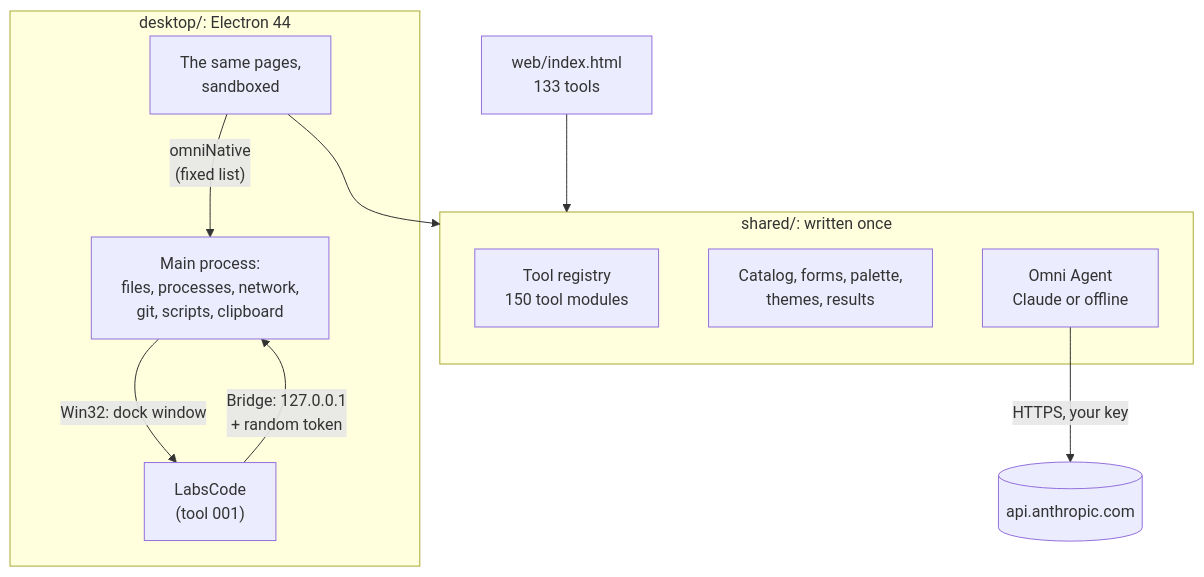
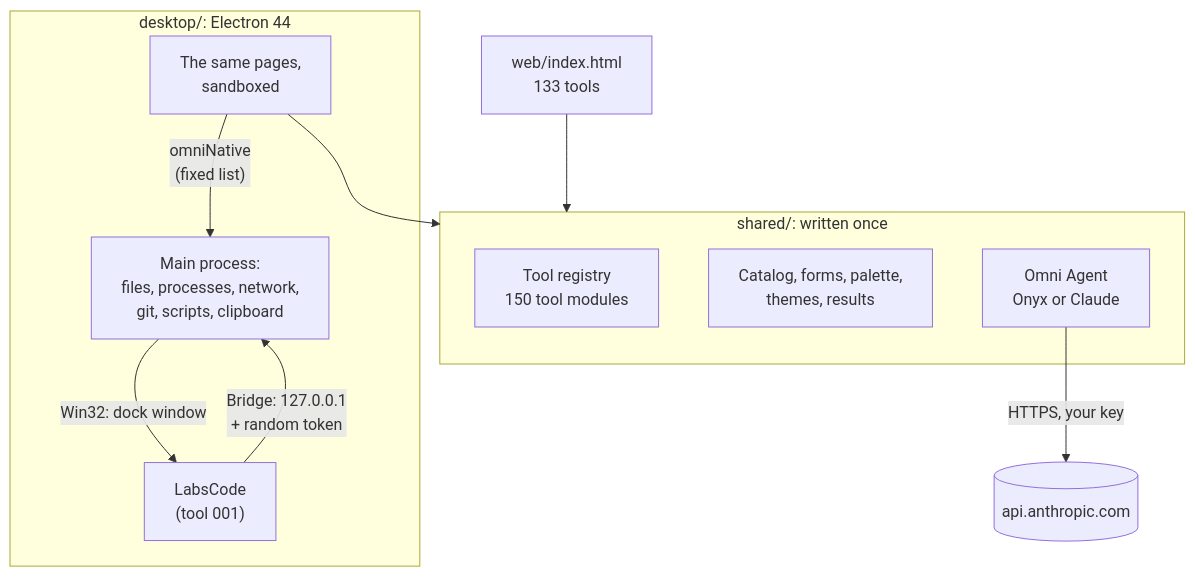
The first of 2 diagrams in README.md (gkson-lab/omnitool), drawn with Mermaid before and after one commit. The commit also changed other lines of this file and 30 other files, not shown here.

First line of the commit message:
OmniTool 1.1: Omni Agent - Onyx, and motion with a purpose

````diff
--- a/README.md
+++ b/README.md
@@ -82,16 +82,16 @@
 ```mermaid
 flowchart TB
   subgraph shared["shared/: written once"]
     REG["Tool registry<br/>150 tool modules"]
     UI["Catalog, forms, palette,<br/>themes, results"]
-    AG["Omni Agent<br/>Claude or offline"]
+    AG["Omni Agent<br/>Onyx or Claude"]
   end
   WEB["web/index.html<br/>133 tools"] --> shared
   subgraph desk["desktop/: Electron 44"]
     PAGE["The same pages,<br/>sandboxed"] -- "omniNative<br/>(fixed list)" --> MAIN["Main process:<br/>files, processes, network,<br/>git, scripts, clipboard"]
     MAIN -- "Win32: dock window" --> LC["LabsCode<br/>(tool 001)"]
     LC -- "Bridge: 127.0.0.1<br/>+ random token" --> MAIN
   end
   PAGE --> shared
   AG -- "HTTPS, your key" --> API[("api.anthropic.com")]
 ```
````
